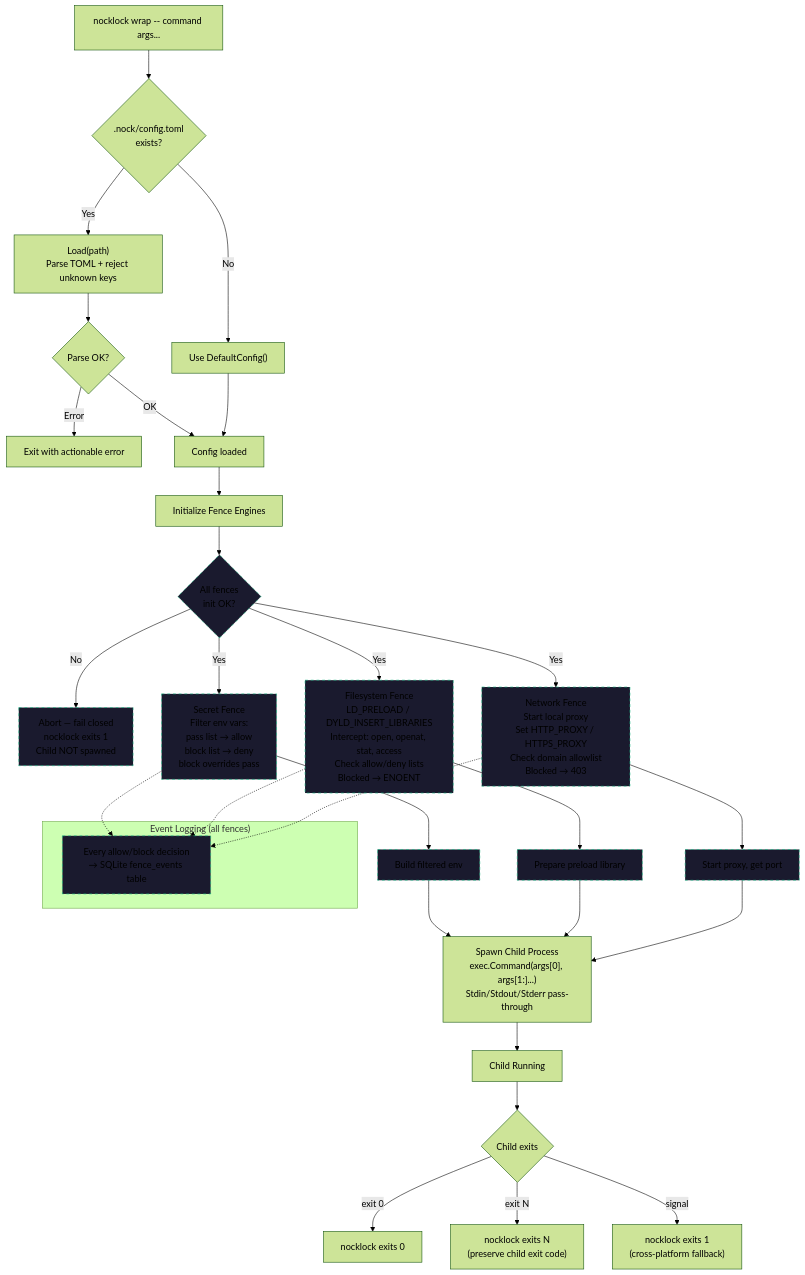
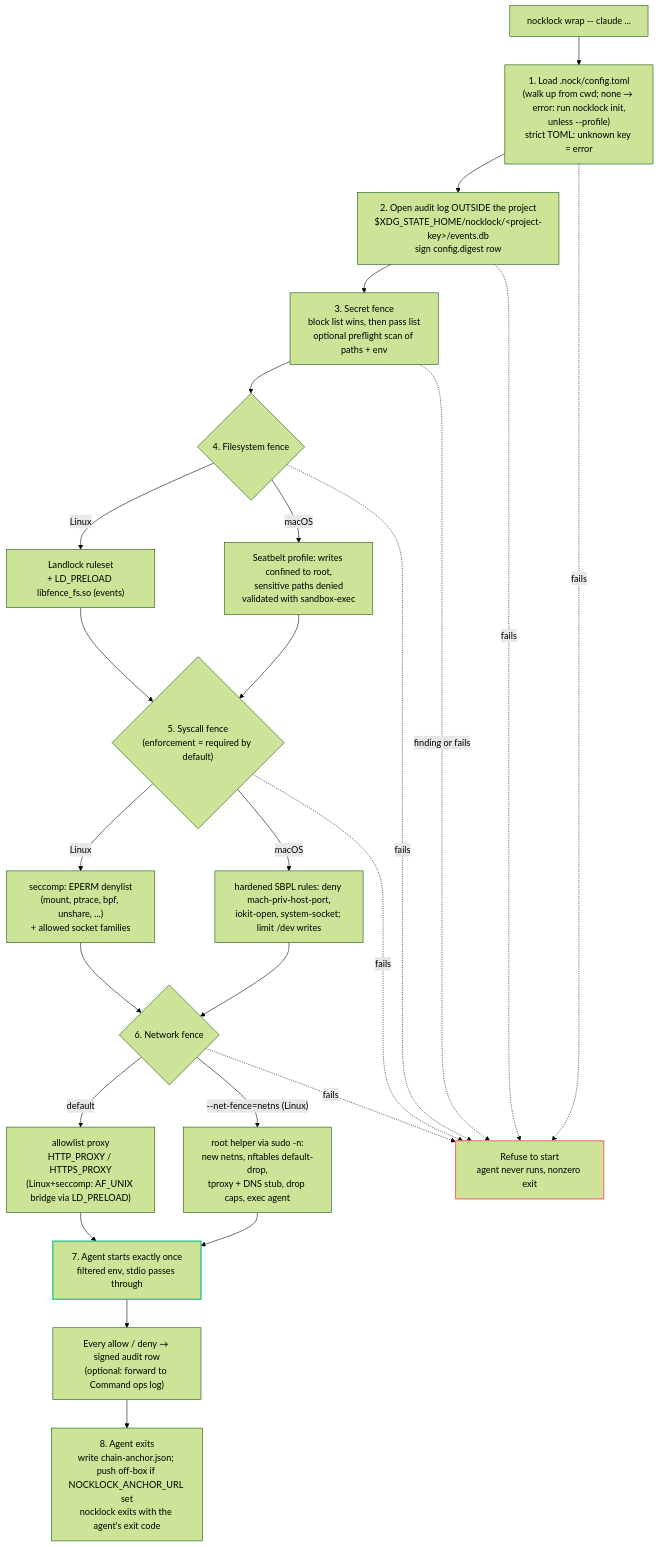
One commit to nocktechnologies/nocklock changed the diagram in .claude/diagrams/fence-flow.mermaid. Above: the diagram before and after it, drawn with Mermaid (forest theme). The commit also changed 5 other files, not shown here.

First line of the commit message:
docs: replace stale Mermaid diagrams with the shipped v0.6.1 design

```diff
--- a/.claude/diagrams/fence-flow.mermaid
+++ b/.claude/diagrams/fence-flow.mermaid
@@ -1,49 +1,39 @@
 %% NockLock — Fence Flow
-%% Config loading → fence engine setup → child process wrapping
+%% What `nocklock wrap -- <agent>` does, in order. Every fence is set up before
+%% the child starts; any setup failure refuses to start (fail closed).
 
 flowchart TD
-    A["nocklock wrap -- command args..."] --> B{".nock/config.toml<br/>exists?"}
+    A["nocklock wrap -- claude ..."] --> B["1. Load .nock/config.toml<br/>(walk up from cwd; none → error: run nocklock init,<br/>unless --profile)<br/>strict TOML: unknown key = error"]
+    B --> C["2. Open audit log OUTSIDE the project<br/>$XDG_STATE_HOME/nocklock/&lt;project-key&gt;/events.db<br/>sign config.digest row"]
+    C --> D["3. Secret fence<br/>block list wins, then pass list<br/>optional preflight scan of paths + env"]
+    D --> E{"4. Filesystem fence"}
+    E -->|Linux| E1["Landlock ruleset<br/>+ LD_PRELOAD libfence_fs.so (events)"]
+    E -->|macOS| E2["Seatbelt profile: writes confined to root,<br/>sensitive paths denied<br/>validated with sandbox-exec"]
+    E1 --> F
+    E2 --> F
+    F{"5. Syscall fence<br/>(enforcement = required by default)"}
+    F -->|Linux| F1["seccomp: EPERM denylist<br/>(mount, ptrace, bpf, unshare, ...)<br/>+ allowed socket families"]
+    F -->|macOS| F2["hardened SBPL rules: deny mach-priv-host-port,<br/>iokit-open, system-socket; limit /dev writes"]
+    F1 --> G
+    F2 --> G
+    G{"6. Network fence"}
+    G -->|default| G1["allowlist proxy<br/>HTTP_PROXY / HTTPS_PROXY<br/>(Linux+seccomp: AF_UNIX bridge via LD_PRELOAD)"]
+    G -->|"--net-fence=netns (Linux)"| G2["root helper via sudo -n:<br/>new netns, nftables default-drop,<br/>tproxy + DNS stub, drop caps, exec agent"]
+    G1 --> H
+    G2 --> H
+    H["7. Agent starts exactly once<br/>filtered env, stdio passes through"]
+    H --> I["Every allow / deny → signed audit row<br/>(optional: forward to Command ops log)"]
+    I --> J["8. Agent exits<br/>write chain-anchor.json; push off-box if NOCKLOCK_ANCHOR_URL set<br/>nocklock exits with the agent's exit code"]
 
-    B -->|No| C["Use DefaultConfig()"]
-    B -->|Yes| D["Load(path)<br/>Parse TOML + reject unknown keys"]
-    D --> E{Parse OK?}
-    E -->|Error| F["Exit with actionable error"]
-    E -->|OK| G["Config loaded"]
-    C --> G
+    B -. fails .-> X
+    C -. fails .-> X
+    D -. "finding or fails" .-> X
+    E -. fails .-> X
+    F -. fails .-> X
+    G -. fails .-> X
+    X["Refuse to start<br/>agent never runs, nonzero exit"]
 
-    G --> H["Initialize Fence Engines"]
-
-    H --> H_CHK{All fences<br/>init OK?}
-    H_CHK -->|No| H_FAIL["Abort — fail closed<br/>nocklock exits 1<br/>Child NOT spawned"]
-    H_CHK -->|Yes| I
-
-    I["Secret Fence<br/>Filter env vars:<br/>pass list → allow<br/>block list → deny<br/>block overrides pass"]
-
-    H_CHK -->|Yes| J["Filesystem Fence<br/>LD_PRELOAD / DYLD_INSERT_LIBRARIES<br/>Intercept: open, openat, stat, access<br/>Check allow/deny lists<br/>Blocked → ENOENT"]
-
-    H_CHK -->|Yes| K["Network Fence<br/>Start local proxy<br/>Set HTTP_PROXY / HTTPS_PROXY<br/>Check domain allowlist<br/>Blocked → 403"]
-
-    I --> L["Build filtered env"]
-    J --> M["Prepare preload library"]
-    K --> N["Start proxy, get port"]
-
-    L --> O["Spawn Child Process<br/>exec.Command(args[0], args[1:]...)<br/>Stdin/Stdout/Stderr pass-through"]
-    M --> O
-    N --> O
-
-    O --> P["Child Running"]
-    P --> Q{Child exits}
-    Q -->|exit 0| R["nocklock exits 0"]
-    Q -->|exit N| S["nocklock exits N<br/>(preserve child exit code)"]
-    Q -->|signal| T["nocklock exits 1<br/>(cross-platform fallback)"]
-
-    subgraph "Event Logging (all fences)"
-        U["Every allow/block decision<br/>→ SQLite fence_events table"]
-    end
-
-    I -.-> U
-    J -.-> U
-    K -.-> U
-
-    classDef planned fill:#1a1a2e,stroke:#10B981,stroke-dasharray: 5 5
-    class I,J,K,L,M,N,U,H_CHK,H_FAIL planned
+    classDef refused stroke:#F87171,stroke-width:2px
+    classDef running stroke:#10B981,stroke-width:2px
+    class X refused
+    class H running
```
